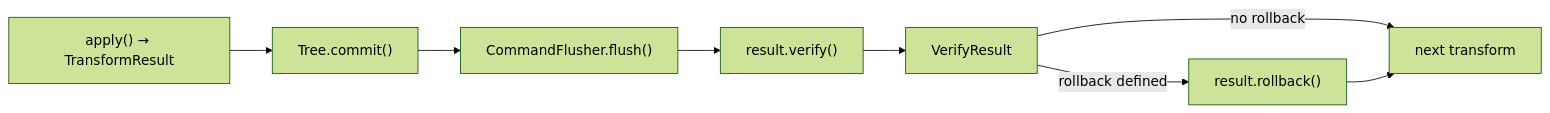
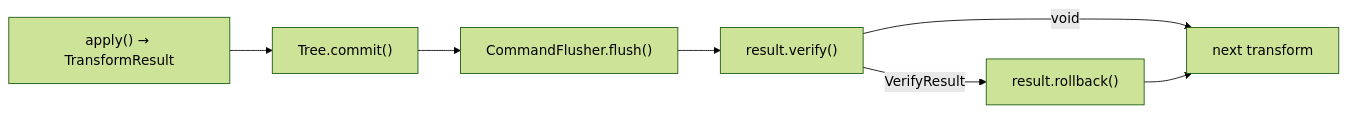
One commit to testmex/testmex changed the second of 3 diagrams in contributing/vitestify/design-docs/003-self-rollback.md. Above: the diagram before and after it, drawn with Mermaid (forest theme). The commit also changed other lines of this file, not shown here.

First line of the commit message:
docs(vitestify): 📝 use void returns instead of result factories in self-rollback design

````diff
--- a/contributing/vitestify/design-docs/003-self-rollback.md
+++ b/contributing/vitestify/design-docs/003-self-rollback.md
@@ -110,10 +102,9 @@
 ```mermaid
 flowchart LR
   apply["apply() → TransformResult"] --> commit["Tree.commit()"]
   commit --> flush["CommandFlusher.flush()"]
   flush --> verify["result.verify()"]
-  verify --> verifyResult["VerifyResult"]
-  verifyResult -->|no rollback| next["next transform"]
-  verifyResult -->|rollback defined| rollback["result.rollback()"]
+  verify -->|void| next["next transform"]
+  verify -->|VerifyResult| rollback["result.rollback()"]
   rollback --> next
 ```
````
